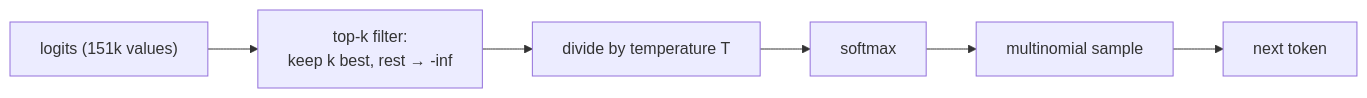
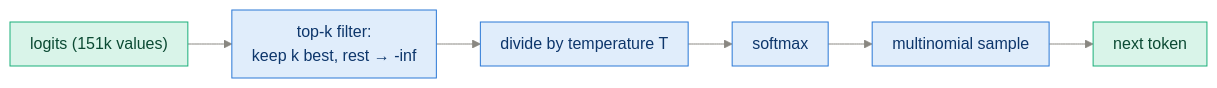
Before and after one commit to sudhanshu-shivam-dev/reasoning_model_from_scratch: the third of 5 diagrams in study_guide/ch04_inference_time_scaling.md, drawn with Mermaid. The commit also changed other lines of this file and 14 other files, not shown here.

First line of the commit message:
Restyle all 54 diagrams: consistent palette, semantic colors, better spacing

````diff
--- a/study_guide/ch04_inference_time_scaling.md
+++ b/study_guide/ch04_inference_time_scaling.md
@@ -102,8 +106,11 @@
 ```mermaid
+%%{init: {"theme":"base","themeVariables":{"primaryColor":"#e0edfb","primaryTextColor":"#0d366b","primaryBorderColor":"#2a78d6","lineColor":"#898781","textColor":"#52514e","edgeLabelBackground":"#f0efec","clusterBkg":"rgba(137,135,129,0.07)","clusterBorder":"#a9a7a0","titleColor":"#898781"},"flowchart":{"nodeSpacing":36,"rankSpacing":44,"curve":"basis","padding":10}}}%%
 flowchart LR
     LOG["logits (151k values)"] --> TK["top-k filter:<br/>keep k best, rest → -inf"]
     TK --> TEMP["divide by temperature T"]
     TEMP --> SM["softmax"]
     SM --> MN["multinomial sample"]
     MN --> TOKEN["next token"]
+    classDef data fill:#d9f4e9,stroke:#1baf7a,color:#0b4a33
+    class LOG,TOKEN data
 ```
````
